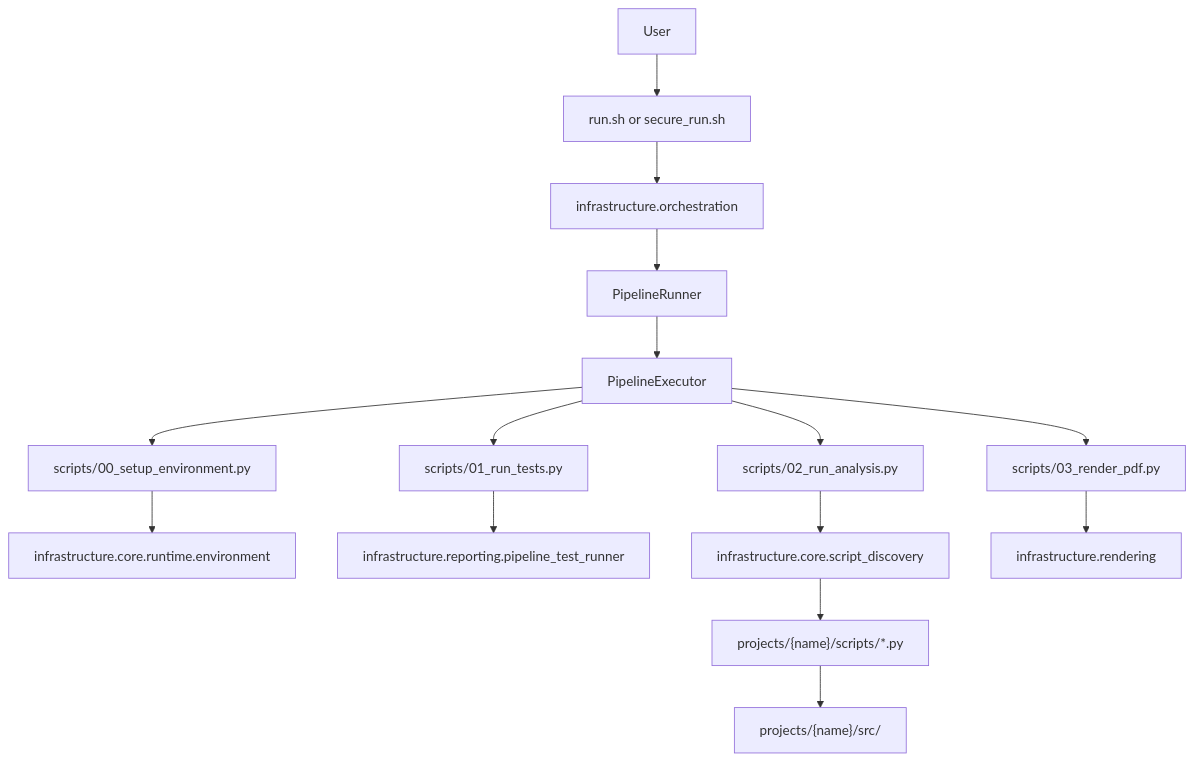
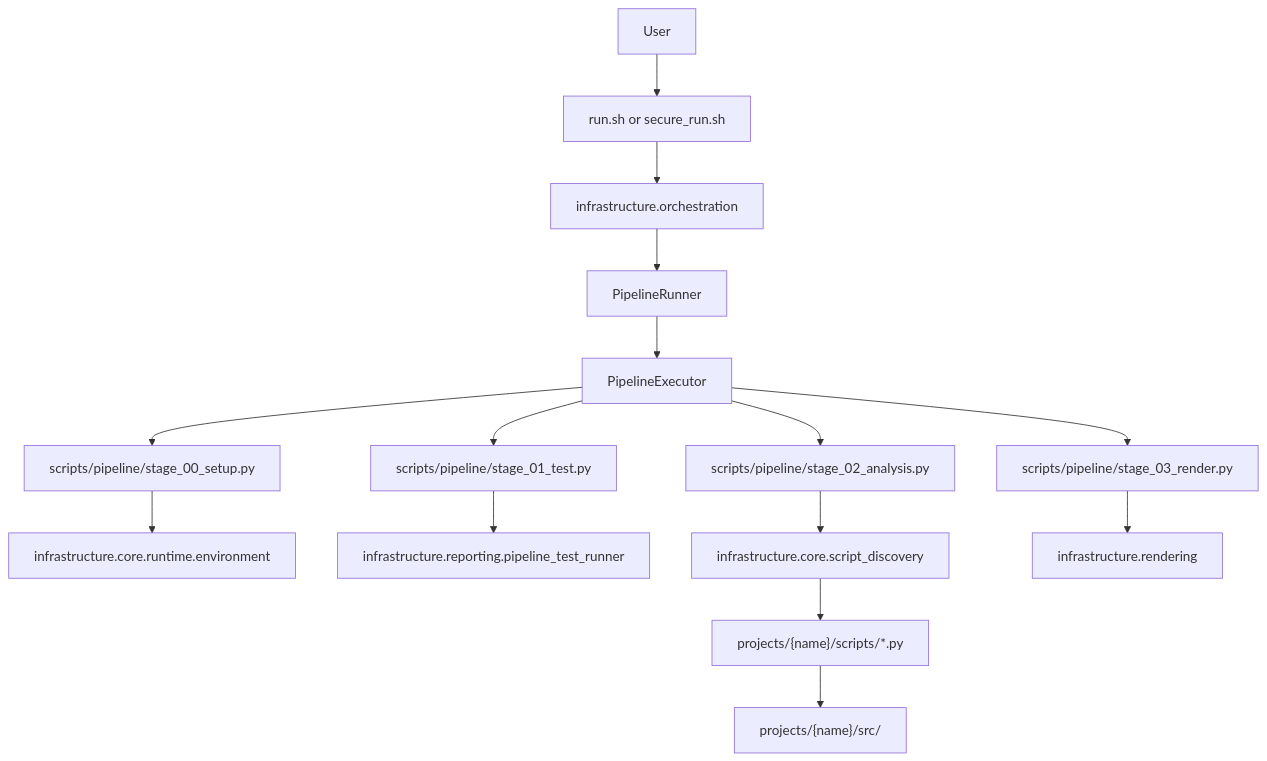
One commit to docxology/template changed the second of 2 diagrams in docs/RUN_GUIDE.md. Above: the diagram before and after it, drawn with Mermaid. The commit also changed other lines of this file and 189 other files, not shown here.

````diff
--- a/docs/RUN_GUIDE.md
+++ b/docs/RUN_GUIDE.md
@@ -76,19 +76,19 @@
 ```mermaid
 graph TD
     A[User] --> B[run.sh or secure_run.sh]
     B --> C[infrastructure.orchestration]
     C --> D[PipelineRunner]
     D --> E[PipelineExecutor]
-    E --> F[scripts/00_setup_environment.py]
-    E --> G[scripts/01_run_tests.py]
-    E --> H[scripts/02_run_analysis.py]
-    E --> I[scripts/03_render_pdf.py]
+    E --> F[scripts/pipeline/stage_00_setup.py]
+    E --> G[scripts/pipeline/stage_01_test.py]
+    E --> H[scripts/pipeline/stage_02_analysis.py]
+    E --> I[scripts/pipeline/stage_03_render.py]
 
     F --> J[infrastructure.core.runtime.environment]
     G --> K[infrastructure.reporting.pipeline_test_runner]
     H --> L[infrastructure.core.script_discovery]
     I --> M[infrastructure.rendering]
 
     L --> N["projects/{name}/scripts/*.py"]
     N --> O["projects/{name}/src/"]
 ```
````
